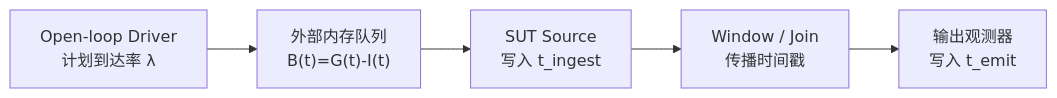
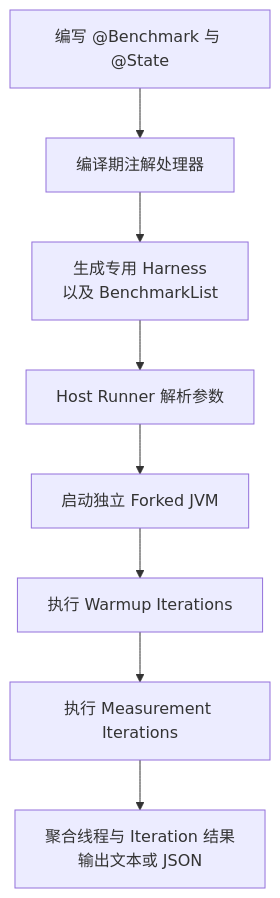
The second of 2 diagrams in content/posts/rigorous-java-stream-benchmarking.md (nzw921rx/nzw921rx-blog), drawn with Mermaid before and after one commit. The commit also changed other lines of this file, not shown here.

````diff
--- a/content/posts/rigorous-java-stream-benchmarking.md
+++ b/content/posts/rigorous-java-stream-benchmarking.md
@@ -616,7 +470,10 @@
 ```mermaid
-flowchart LR
-    D["Open-loop Driver<br/>计划到达率 λ"] --> Q["外部内存队列<br/>B(t)=G(t)-I(t)"]
-    Q --> S["SUT Source<br/>写入 t_ingest"]
-    S --> W["Window / Join<br/>传播时间戳"]
-    W --> O["输出观测器<br/>写入 t_emit"]
+flowchart TB
+    A["编写 @Benchmark 与 @State"] --> B["编译期注解处理器"]
+    B --> C["生成专用 Harness<br/>以及 BenchmarkList"]
+    C --> D["Host Runner 解析参数"]
+    D --> E["启动独立 Forked JVM"]
+    E --> F["执行 Warmup Iterations"]
+    F --> G["执行 Measurement Iterations"]
+    G --> H["聚合线程与 Iteration 结果<br/>输出文本或 JSON"]
 ```
````
